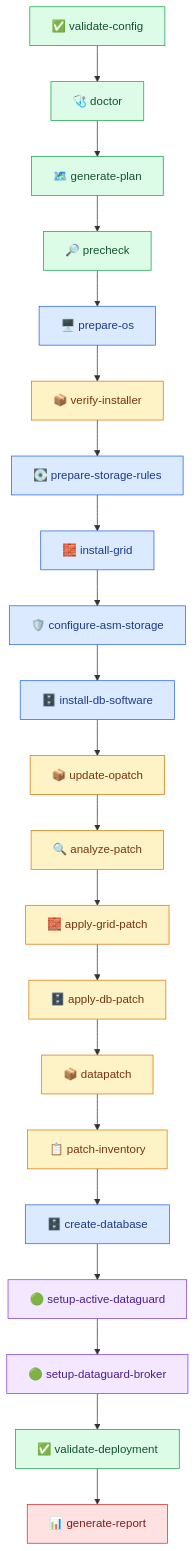
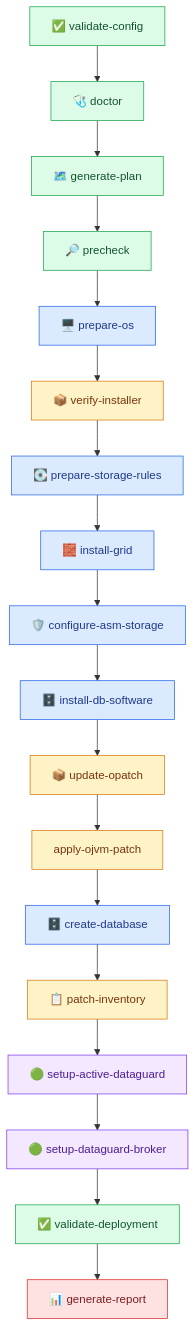
The fourth of 4 diagrams in docs/deployment_guide.md (bozpain/oracle-install-replication-framework), drawn with Mermaid before and after one commit. The commit also changed other lines of this file and 14 other files, not shown here.

````diff
--- a/docs/deployment_guide.md
+++ b/docs/deployment_guide.md
@@ -462,37 +470,34 @@
 ```mermaid
 flowchart TB
     validate["✅ validate-config"]
     doctor["🩺 doctor"]
     plan["🗺️ generate-plan"]
     precheck["🔎 precheck"]
     os["🖥️ prepare-os"]
     installer["📦 verify-installer"]
     storageRules["💽 prepare-storage-rules"]
     grid["🧱 install-grid"]
     asm["🛡️ configure-asm-storage"]
     dbsw["🗄️ install-db-software"]
     opatch["📦 update-opatch"]
-    analyze["🔍 analyze-patch"]
-    gridPatch["🧱 apply-grid-patch"]
-    dbPatch["🗄️ apply-db-patch"]
-    datapatch["📦 datapatch"]
+    ojvm["apply-ojvm-patch"]
     inventory["📋 patch-inventory"]
     createDb["🗄️ create-database"]
     dg["🟢 setup-active-dataguard"]
     broker["🟢 setup-dataguard-broker"]
     validateDeploy["✅ validate-deployment"]
     report["📊 generate-report"]
 
-    validate --> doctor --> plan --> precheck --> os --> installer --> storageRules --> grid --> asm --> dbsw --> opatch --> analyze --> gridPatch --> dbPatch --> datapatch --> inventory --> createDb --> dg --> broker --> validateDeploy --> report
+    validate --> doctor --> plan --> precheck --> os --> installer --> storageRules --> grid --> asm --> dbsw --> opatch --> ojvm --> createDb --> inventory --> dg --> broker --> validateDeploy --> report
 
     classDef green fill:#DCFCE7,stroke:#16A34A,color:#14532D
     classDef blue fill:#DBEAFE,stroke:#2563EB,color:#1E3A8A
     classDef amber fill:#FEF3C7,stroke:#D97706,color:#78350F
     classDef red fill:#FEE2E2,stroke:#DC2626,color:#7F1D1D
     classDef purple fill:#F3E8FF,stroke:#7C3AED,color:#4C1D95
     class validate,doctor,plan,precheck,validateDeploy green
     class os,storageRules,grid,asm,dbsw,createDb blue
-    class installer,opatch,analyze,gridPatch,dbPatch,datapatch,inventory amber
+    class installer,opatch,ojvm,inventory amber
     class dg,broker purple
     class report red
 ```
````
